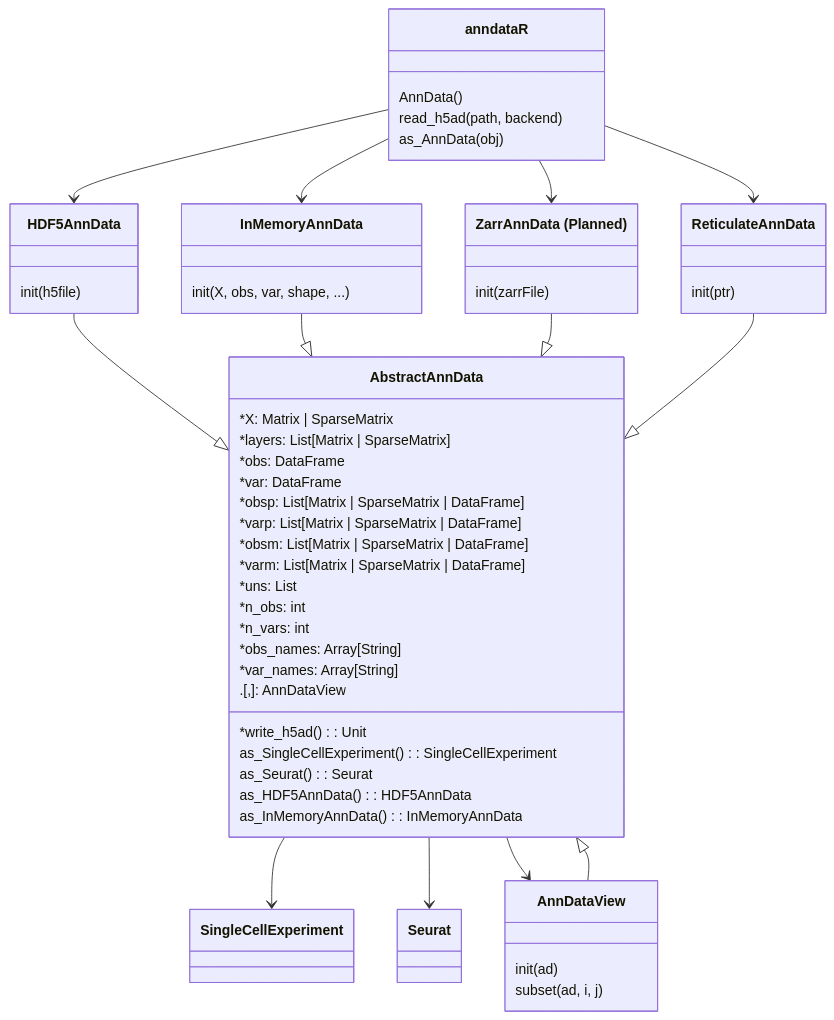
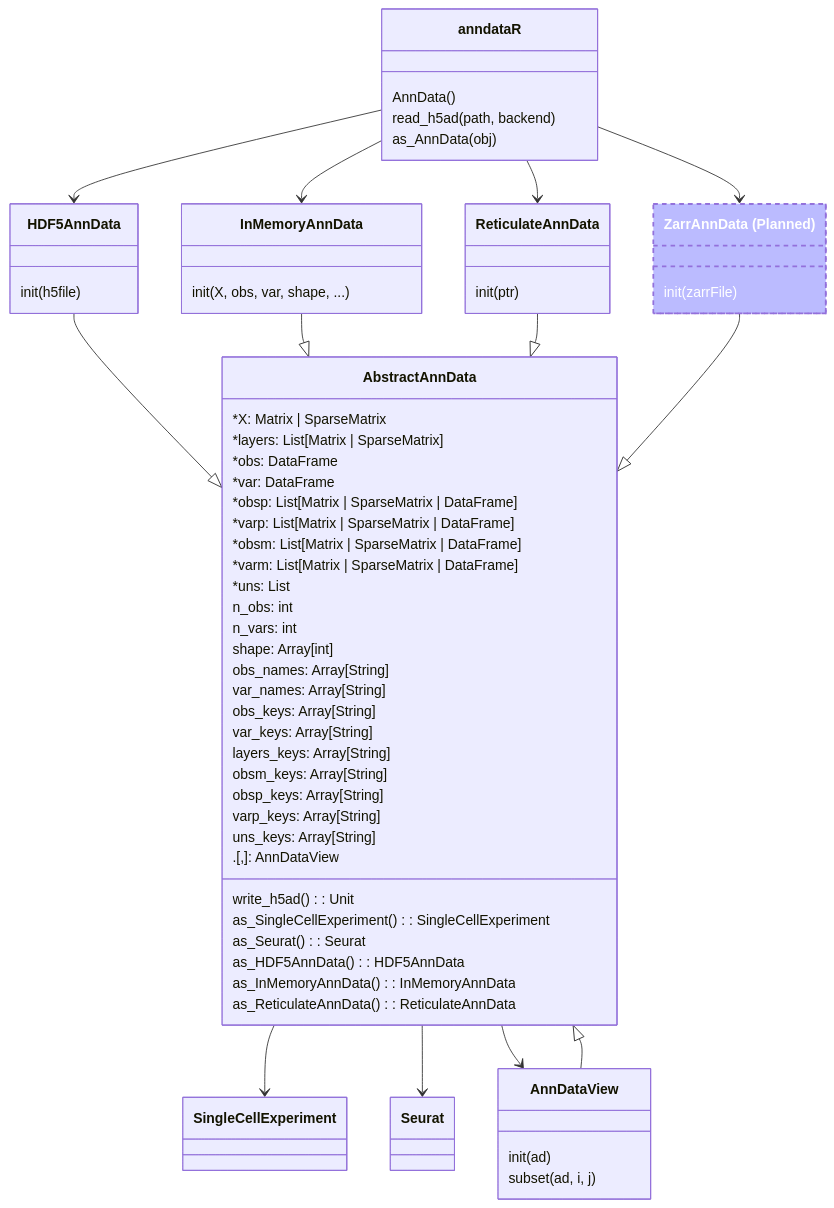
The diagram in vignettes/articles/diagrams/class_diagram.mmd (scverse/anndataR), drawn with Mermaid before and after one commit. The commit also changed 3 other files, not shown here.

```diff
--- a/vignettes/articles/diagrams/class_diagram.mmd
+++ b/vignettes/articles/diagrams/class_diagram.mmd
@@ -1,70 +1,81 @@
 
 classDiagram
 
   class anndataR {
     AnnData()
     read_h5ad(path, backend)
     as_AnnData(obj)
   }
 
   class InMemoryAnnData {
     init(X, obs, var, shape, ...)
   }
 
   class HDF5AnnData {
     init(h5file)
   }
 
+  class ReticulateAnnData["ReticulateAnnData"] {
+    init(ptr)
+  }
+
   class ZarrAnnData["ZarrAnnData (Planned)"] {
     init(zarrFile)
   }
-  class ReticulateAnnData["ReticulateAnnData"] {
-    init(ptr)
-  }
+  style ZarrAnnData fill:#bbf,stroke-width:2px,color:#fff,stroke-dasharray: 5 5
 
   anndataR --> InMemoryAnnData
   anndataR --> HDF5AnnData
   anndataR --> ZarrAnnData
   anndataR --> ReticulateAnnData
 
   HDF5AnnData --|> AbstractAnnData
   InMemoryAnnData --|> AbstractAnnData
+  ReticulateAnnData --|> AbstractAnnData
   ZarrAnnData --|> AbstractAnnData
-  ReticulateAnnData --|> AbstractAnnData
   AnnDataView --|> AbstractAnnData
-
-  
 
   class AbstractAnnData {
     *X: Matrix | SparseMatrix
     *layers: List[Matrix | SparseMatrix]
     *obs: DataFrame
     *var: DataFrame
     *obsp: List[Matrix | SparseMatrix | DataFrame]
     *varp: List[Matrix | SparseMatrix | DataFrame]
     *obsm: List[Matrix | SparseMatrix | DataFrame]
     *varm: List[Matrix | SparseMatrix | DataFrame]
     *uns: List
-    *n_obs: int
-    *n_vars: int
-    *obs_names: Array[String]
-    *var_names: Array[String]
-    *write_h5ad(): Unit
+
+    n_obs: int
+    n_vars: int
+    shape: Array[int]
+    obs_names: Array[String]
+    var_names: Array[String]
+    obs_keys: Array[String]
+    var_keys: Array[String]
+    layers_keys: Array[String]
+    obsm_keys: Array[String]
+    obsp_keys: Array[String]
+    varp_keys: Array[String]
+    uns_keys: Array[String]
+
+    write_h5ad(): Unit
 
     as_SingleCellExperiment(): SingleCellExperiment
     as_Seurat(): Seurat
 
     as_HDF5AnnData(): HDF5AnnData
     as_InMemoryAnnData(): InMemoryAnnData
+    as_ReticulateAnnData(): ReticulateAnnData
 
     .[,]: AnnDataView
   }
 
   AbstractAnnData --> SingleCellExperiment
   AbstractAnnData --> Seurat
   AbstractAnnData --> AnnDataView
 
   class AnnDataView {
     init(ad)
     subset(ad, i, j)
   }
```
